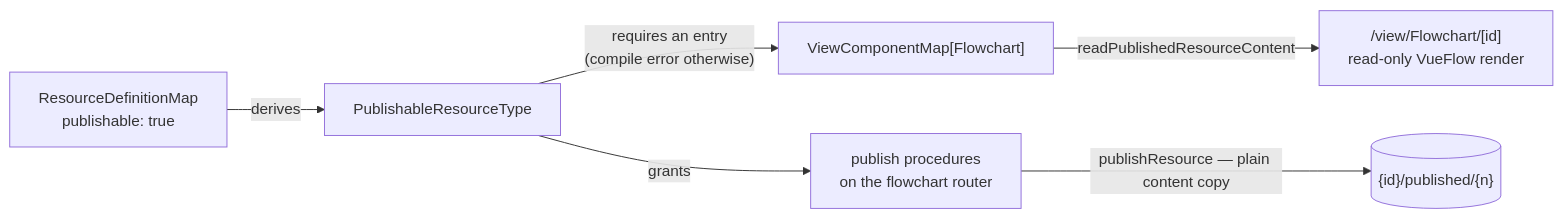
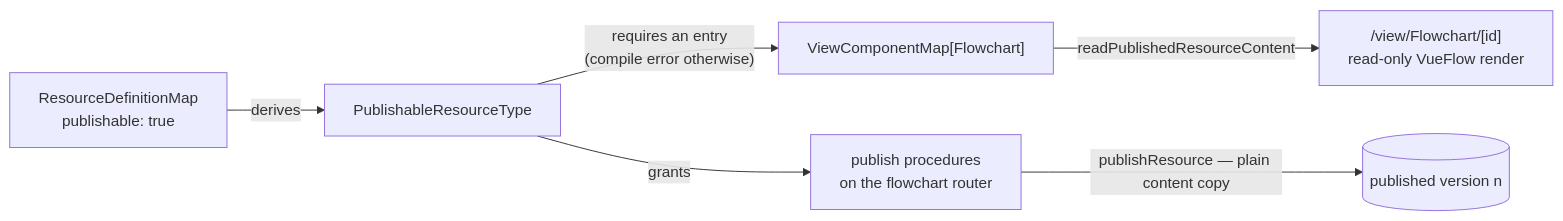
The diagram in apps/web/content/docs/resource/flowchart-publish.md (Esposter/Esposter), drawn with Mermaid before and after one commit. The commit also changed 73 other files, not shown here.

First line of the commit message:
feat(resource): store versions as content-addressed keyframes and deltas

````diff
--- a/apps/web/content/docs/resource/flowchart-publish.md
+++ b/apps/web/content/docs/resource/flowchart-publish.md
@@ -16,8 +16,8 @@
 ```mermaid
 flowchart LR
   DEF["ResourceDefinitionMap<br/>publishable: true"] -->|derives| UNION["PublishableResourceType"]
   UNION -->|"requires an entry<br/>(compile error otherwise)"| VCM["ViewComponentMap[Flowchart]"]
   UNION -->|grants| PROCS["publish procedures<br/>on the flowchart router"]
-  PROCS -->|"publishResource — plain content copy"| SNAP[("{id}/published/{n}")]
+  PROCS -->|"publishResource — plain content copy"| SNAP[("published version n")]
   VCM -->|readPublishedResourceContent| VIEW["/view/Flowchart/[id]<br/>read-only VueFlow render"]
 ```
````
